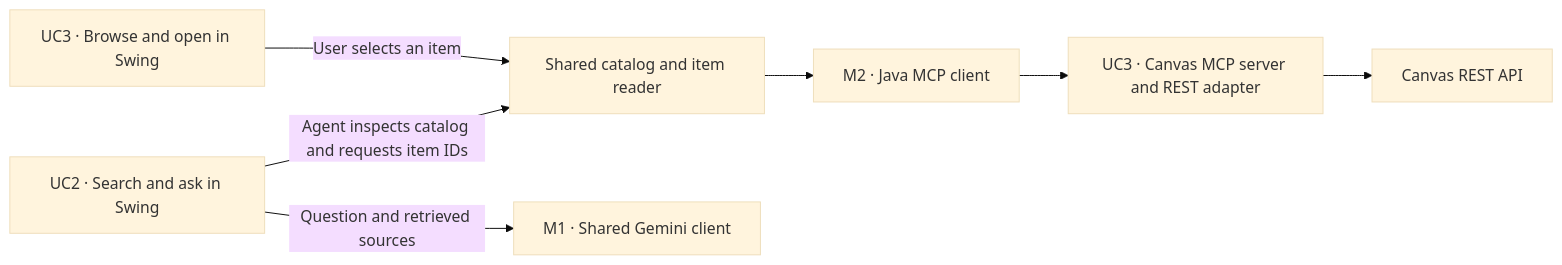
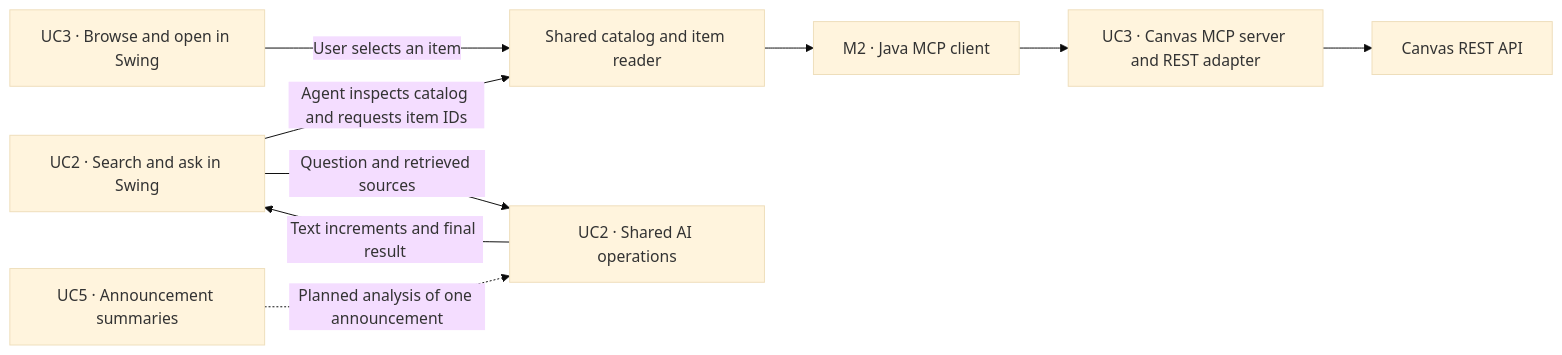
Before and after one commit to Asp-hyxia/team-project: the diagram in PROJECT_BLUEPRINT.md, drawn with Mermaid (base theme). The commit also changed other lines of this file and 4 other files, not shown here.

````diff
--- a/PROJECT_BLUEPRINT.md
+++ b/PROJECT_BLUEPRINT.md
@@ -120,9 +120,11 @@
 ```mermaid
 flowchart LR
     U3["UC3 · Browse and open in Swing"] -->|"User selects an item"| Content["Shared catalog and item reader"]
     U2["UC2 · Search and ask in Swing"] -->|"Agent inspects catalog and requests item IDs"| Content
-    U2 -->|"Question and retrieved sources"| AI["M1 · Shared Gemini client"]
+    U2 -->|"Question and retrieved sources"| AI["UC2 · Shared AI operations"]
+    U5["UC5 · Announcement summaries"] -.->|"Planned analysis of one announcement"| AI
+    AI -->|"Text increments and final result"| U2
     Content --> Client["M2 · Java MCP client"]
     Client --> Server["UC3 · Canvas MCP server and REST adapter"]
     Server --> Canvas["Canvas REST API"]
 ```
````
